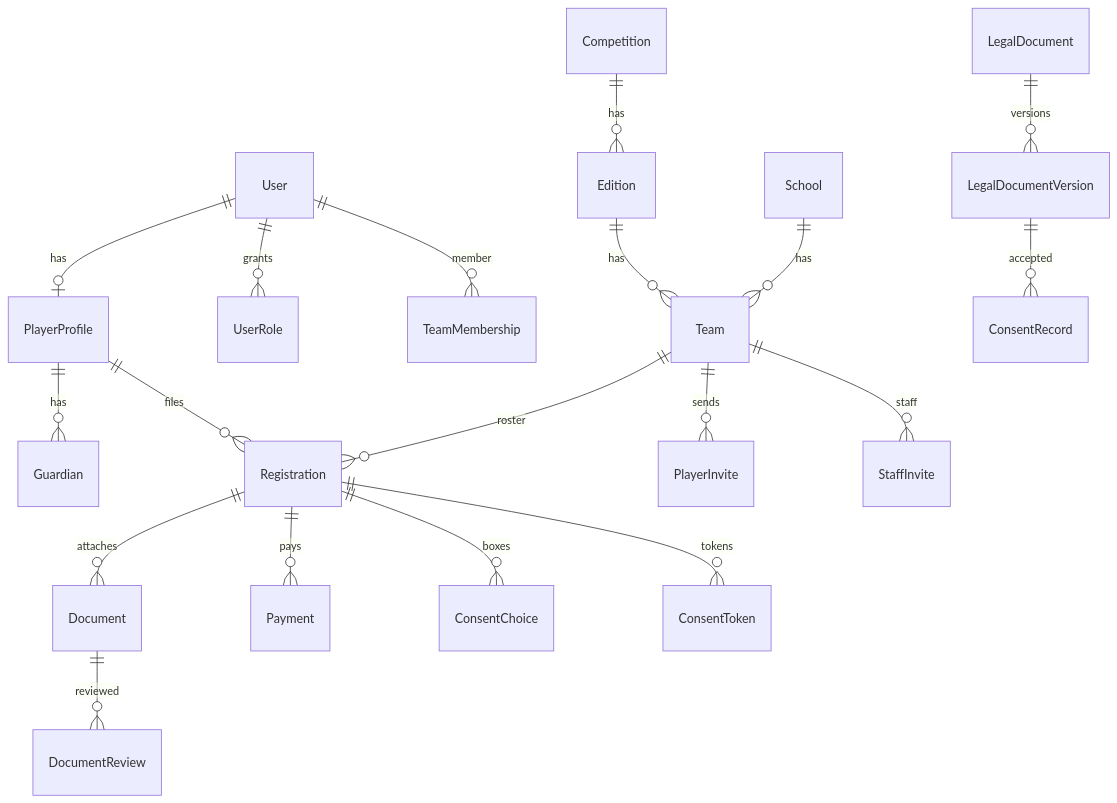
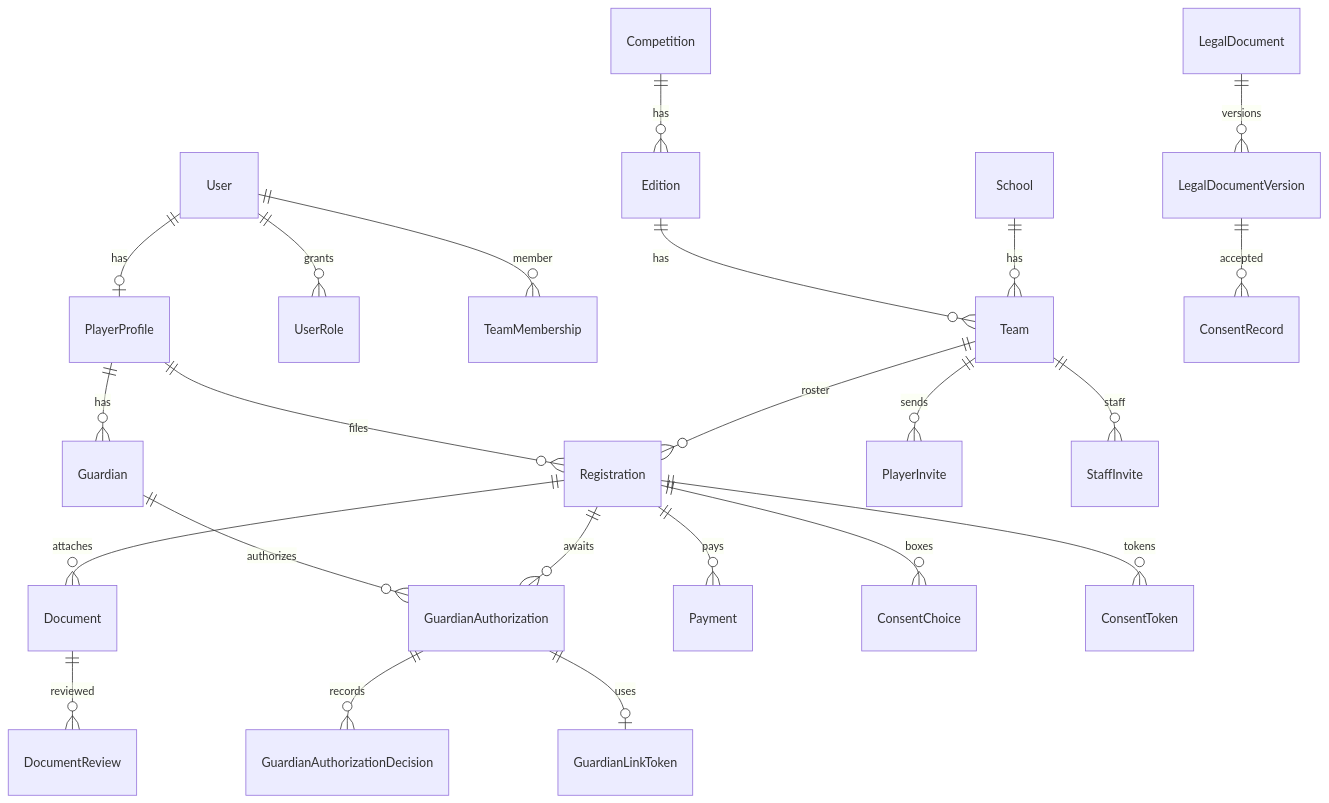
The diagram in docs/05-database-design.md (m8lamario/piattaforma-lcs), drawn with Mermaid before and after one commit. The commit also changed other lines of this file and 90 other files, not shown here.

````diff
--- a/docs/05-database-design.md
+++ b/docs/05-database-design.md
@@ -9,21 +9,25 @@
 ```mermaid
 erDiagram
   User ||--o| PlayerProfile : has
   User ||--o{ UserRole : grants
   User ||--o{ TeamMembership : member
   PlayerProfile ||--o{ Guardian : has
   PlayerProfile ||--o{ Registration : files
+  Guardian ||--o{ GuardianAuthorization : authorizes
+  GuardianAuthorization ||--o{ GuardianAuthorizationDecision : records
+  GuardianAuthorization ||--o| GuardianLinkToken : uses
   Competition ||--o{ Edition : has
   Edition ||--o{ Team : has
   School ||--o{ Team : has
   Team ||--o{ PlayerInvite : sends
   Team ||--o{ StaffInvite : staff
   Team ||--o{ Registration : roster
   Registration ||--o{ Document : attaches
   Registration ||--o{ Payment : pays
+  Registration ||--o{ GuardianAuthorization : awaits
   LegalDocument ||--o{ LegalDocumentVersion : versions
   LegalDocumentVersion ||--o{ ConsentRecord : accepted
   Registration ||--o{ ConsentChoice : boxes
   Registration ||--o{ ConsentToken : tokens
   Document ||--o{ DocumentReview : reviewed
 ```
````
